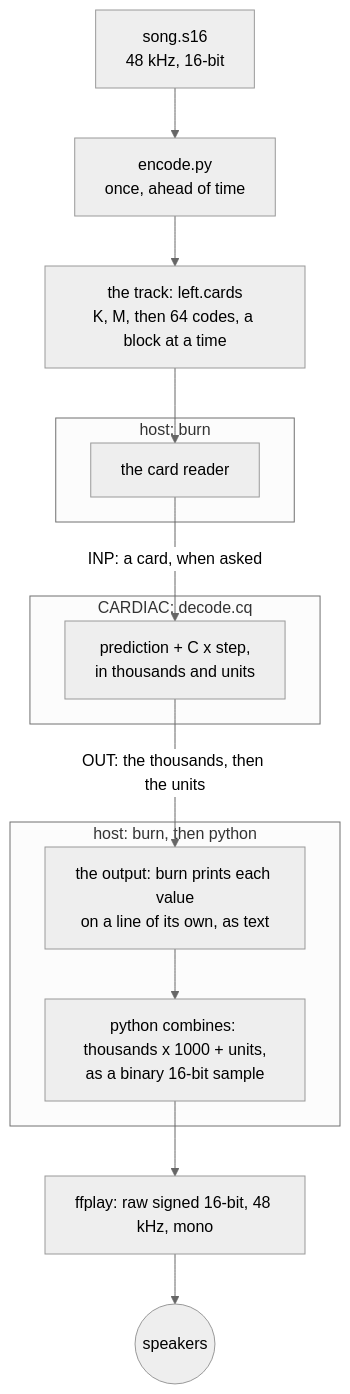
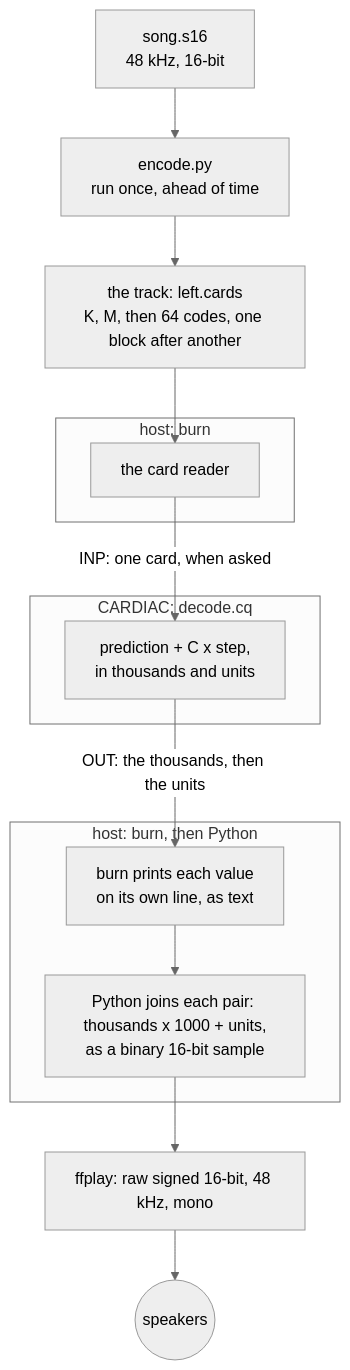
The third of 4 diagrams in docs/AUDIO.md (StrangeQuery/cardiaq), drawn with Mermaid (neutral theme) before and after one commit. The commit also changed other lines of this file and 2 other files, not shown here.

````diff
--- a/docs/AUDIO.md
+++ b/docs/AUDIO.md
@@ -458,18 +508,18 @@
 ```mermaid
 flowchart TD
-  A["song.s16<br/>48 kHz, 16-bit"] --> E["encode.py<br/>once, ahead of time"]
-  E --> F["the track: left.cards<br/>K, M, then 64 codes, a block at a time"]
+  A["song.s16<br/>48 kHz, 16-bit"] --> E["encode.py<br/>run once, ahead of time"]
+  E --> F["the track: left.cards<br/>K, M, then 64 codes, one block after another"]
   subgraph host1 ["host: burn"]
     R["the card reader"]
   end
   subgraph cardiac ["CARDIAC: decode.cq"]
     D["prediction + C x step,<br/>in thousands and units"]
   end
-  subgraph host2 ["host: burn, then python"]
-    P["the output: burn prints each value<br/>on a line of its own, as text"] --> J["python combines: thousands x 1000 + units,<br/>as a binary 16-bit sample"]
+  subgraph host2 ["host: burn, then Python"]
+    P["burn prints each value<br/>on its own line, as text"] --> J["Python joins each pair: thousands x 1000 + units,<br/>as a binary 16-bit sample"]
   end
   F --> R
-  R -- "INP: a card, when asked" --> D
+  R -- "INP: one card, when asked" --> D
   D -- "OUT: the thousands, then the units" --> P
   J --> FF["ffplay: raw signed 16-bit, 48 kHz, mono"] --> SP(("speakers"))
 ```
````
